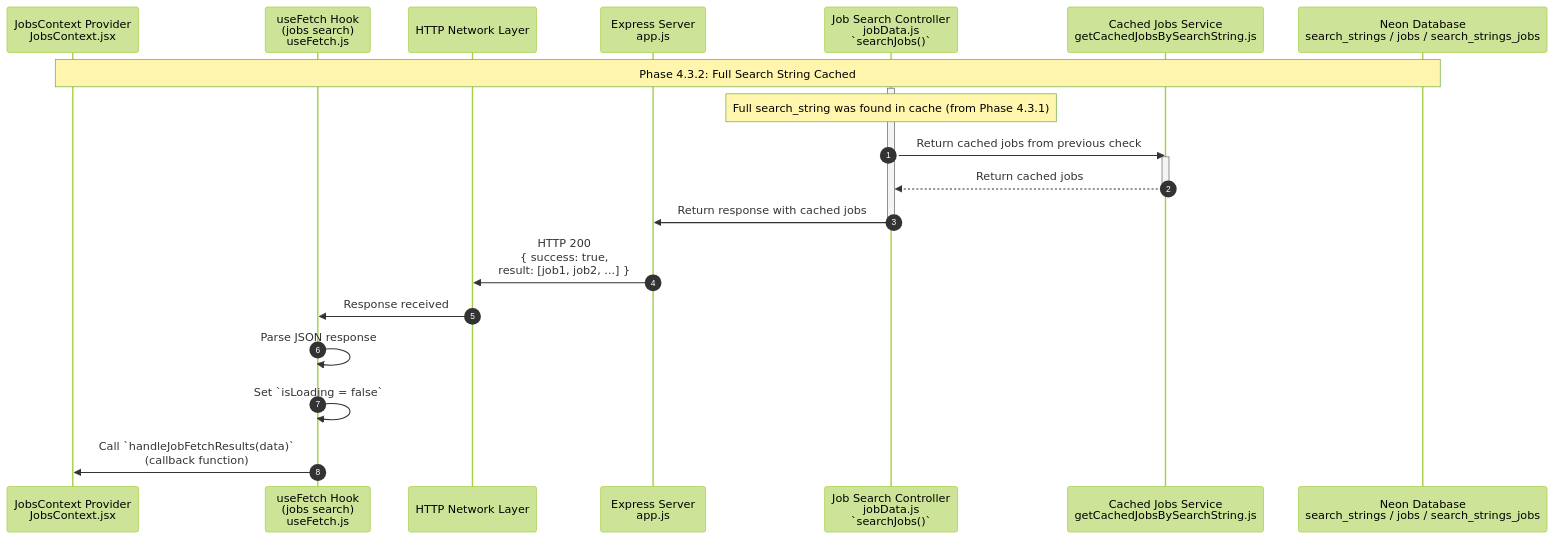
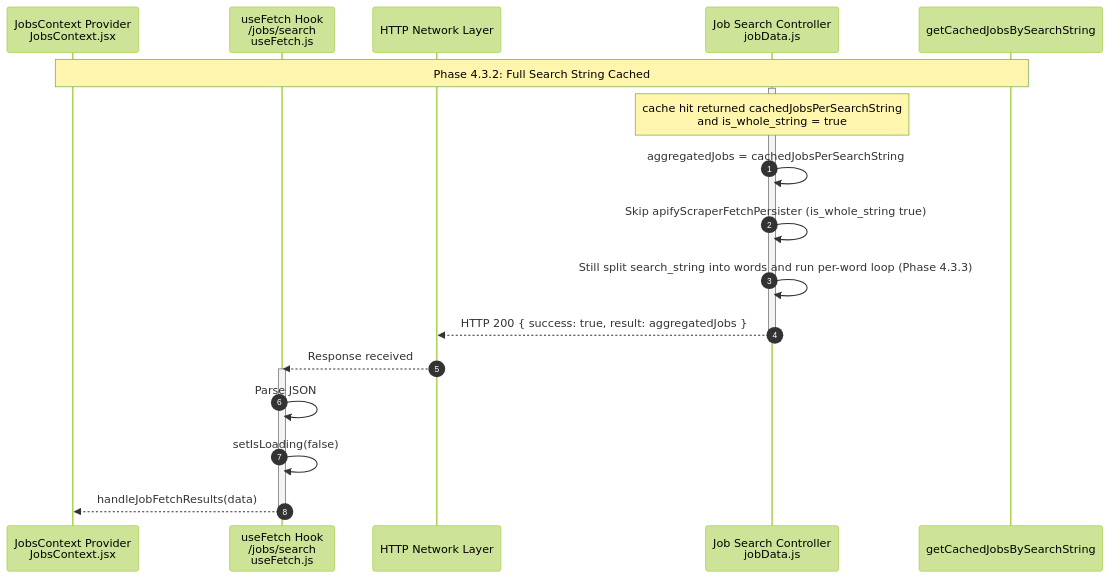
Before and after one commit to YahyaAl-Ademi/2025.10.23-JobCompass: the diagram in documentation/jobFetch/4.3.2.Full Search String Cached.md, drawn with Mermaid (forest theme). The commit also changed 14 other files, not shown here.

Commit message:
Refactor job fetch documentation: Update background scraper fetch, database caching, travel details, and response delivery processes; enhance flowchart for clarity and accuracy.

````diff
--- a/documentation/jobFetch/4.3.2.Full Search String Cached.md
+++ b/documentation/jobFetch/4.3.2.Full Search String Cached.md
@@ -7,34 +7,31 @@
 ```mermaid
 sequenceDiagram
     autonumber
     %% File paths:
     %% JobsContext: client/src/context/JobsContext.jsx
     %% useFetch: client/src/hooks/useFetch.js
-    %% ExpressApp: server/src/app.js
     %% JobController: server/src/controllers/jobData.js
-    %% CachedJobsService: server/src/services/getCachedJobsBySearchString.js
-    %% NeonDB: Neon Database
+    %% getCachedJobsBySearchString: server/src/services/getCachedJobsBySearchString.js
     participant JobsContext as JobsContext Provider<br/>JobsContext.jsx
-    participant useFetch_1 as useFetch Hook<br/>(jobs search)<br/>useFetch.js
+    participant useFetch_1 as useFetch Hook<br/>/jobs/search<br/>useFetch.js
     participant FrontendNetwork as HTTP Network Layer
-    participant ExpressApp as Express Server<br/>app.js
-    participant JobController as Job Search Controller<br/>jobData.js<br/>`searchJobs()`
-    participant CachedJobsService as Cached Jobs Service<br/>getCachedJobsBySearchString.js
-    participant NeonDB as Neon Database<br/>search_strings / jobs / search_strings_jobs
+    participant JobController as Job Search Controller<br/>jobData.js
+    participant CachedJobsService as getCachedJobsBySearchString
 
-    Note over JobsContext,NeonDB: Phase 4.3.2: Full Search String Cached
+    Note over JobsContext,CachedJobsService: Phase 4.3.2: Full Search String Cached
     activate JobController
+    Note over JobController: cache hit returned cachedJobsPerSearchString<br/>and is_whole_string = true
 
-    Note over JobController: Full search_string was found in cache (from Phase 4.3.1)
-    JobController->>CachedJobsService: Return cached jobs from previous check
-    activate CachedJobsService
-    CachedJobsService-->>JobController: Return cached jobs
-    deactivate CachedJobsService
-    JobController->>ExpressApp: Return response with cached jobs
+    JobController->>JobController: aggregatedJobs = cachedJobsPerSearchString
+    JobController->>JobController: Skip apifyScraperFetchPersister (is_whole_string true)
+    JobController->>JobController: Still split search_string into words and run per-word loop (Phase 4.3.3)
+    JobController-->>FrontendNetwork: HTTP 200 { success: true, result: aggregatedJobs }
     deactivate JobController
-    ExpressApp->>FrontendNetwork: HTTP 200<br/>{ success: true,<br/>  result: [job1, job2, ...] }
-    FrontendNetwork->>useFetch_1: Response received
-    useFetch_1->>useFetch_1: Parse JSON response
-    useFetch_1->>useFetch_1: Set `isLoading = false`
-    useFetch_1->>JobsContext: Call `handleJobFetchResults(data)`<br/>(callback function)
+
+    FrontendNetwork-->>useFetch_1: Response received
+    activate useFetch_1
+    useFetch_1->>useFetch_1: Parse JSON
+    useFetch_1->>useFetch_1: setIsLoading(false)
+    useFetch_1-->>JobsContext: handleJobFetchResults(data)
+    deactivate useFetch_1
 ```
````
